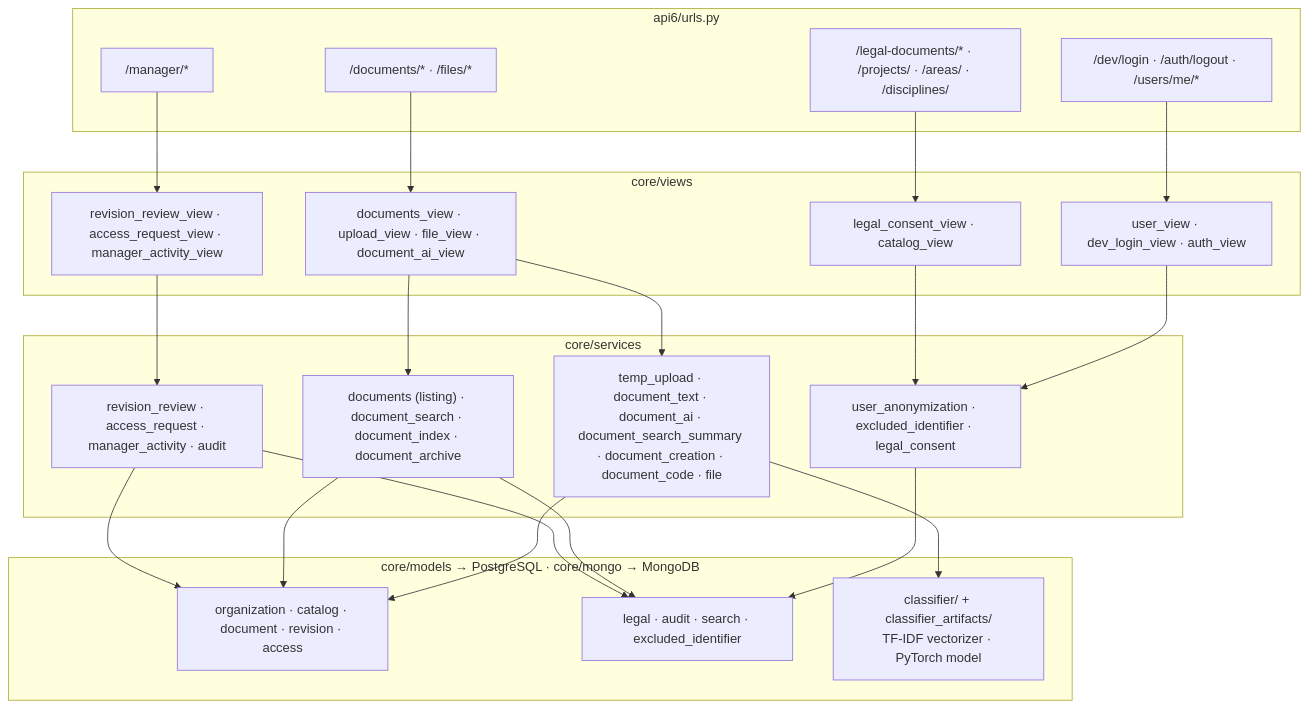
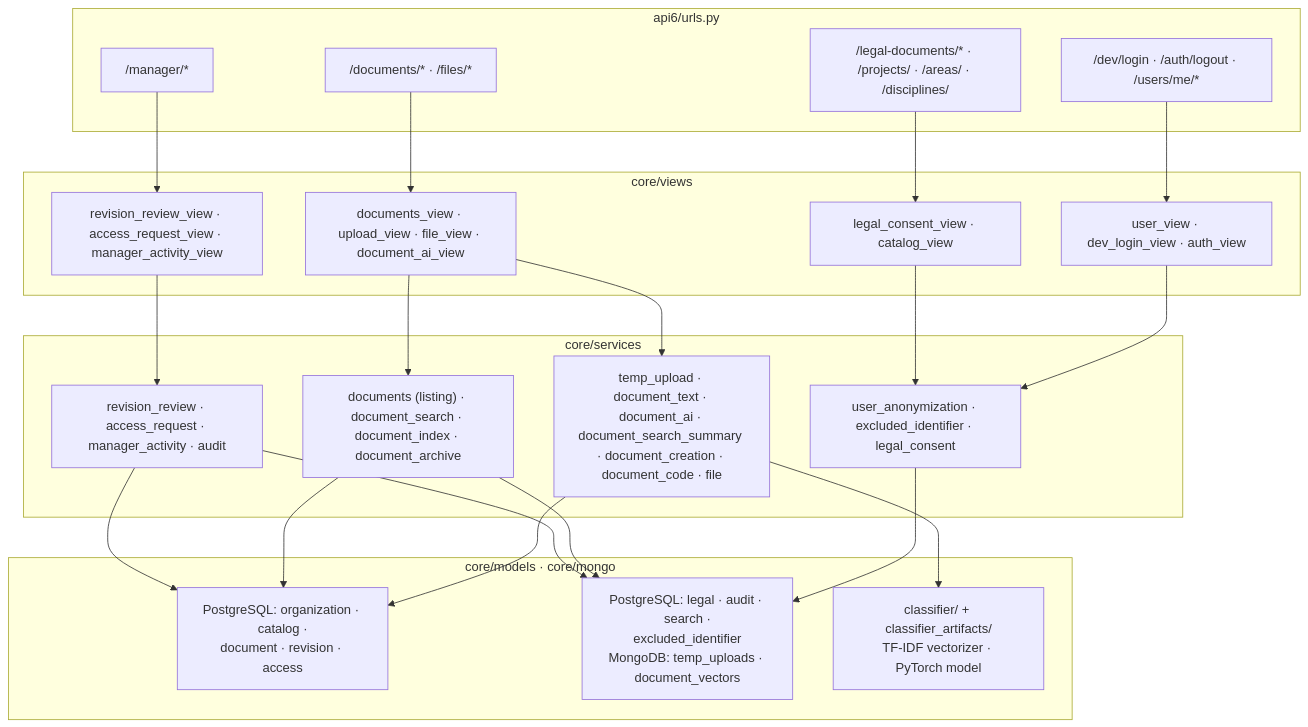
The fifth of 5 diagrams in docs/architecture/README.md (Pragma-Co/backend-indice), drawn with Mermaid before and after one commit. The commit also changed other lines of this file and 4 other files, not shown here.

````diff
--- a/docs/architecture/README.md
+++ b/docs/architecture/README.md
@@ -256,38 +256,38 @@
 ```mermaid
 flowchart TB
     subgraph Routes["api6/urls.py"]
         R1["/dev/login · /auth/logout · /users/me/*"]
         R2["/documents/* · /files/*"]
         R3["/manager/*"]
         R4["/legal-documents/* · /projects/ · /areas/ · /disciplines/"]
     end
     subgraph ViewsLayer["core/views"]
         V1["user_view · dev_login_view · auth_view"]
         V2["documents_view · upload_view · file_view · document_ai_view"]
         V3["revision_review_view · access_request_view · manager_activity_view"]
         V4["legal_consent_view · catalog_view"]
     end
     subgraph ServicesLayer["core/services"]
         S1["user_anonymization · excluded_identifier · legal_consent"]
         S2["temp_upload · document_text · document_ai · document_search_summary · document_creation · document_code · file"]
         S3["documents (listing) · document_search · document_index · document_archive"]
         S4["revision_review · access_request · manager_activity · audit"]
     end
-    subgraph ModelsLayer["core/models → PostgreSQL · core/mongo → MongoDB"]
-        M1["organization · catalog · document · revision · access"]
-        M2["legal · audit · search · excluded_identifier"]
+    subgraph ModelsLayer["core/models · core/mongo"]
+        M1["PostgreSQL: organization · catalog ·<br/>document · revision · access"]
+        M2["PostgreSQL: legal · audit · search ·<br/>excluded_identifier<br/>MongoDB: temp_uploads · document_vectors"]
         ML["classifier/ + classifier_artifacts/<br/>TF-IDF vectorizer · PyTorch model"]
     end
     R1 --> V1 --> S1
     R2 --> V2 --> S2
     R3 --> V3 --> S4
     R4 --> V4 --> S1
     V2 --> S3
     S1 --> M2
     S2 --> M1
     S2 --> ML
     S3 --> M1
     S3 --> M2
     S4 --> M1
     S4 --> M2
 ```
````
